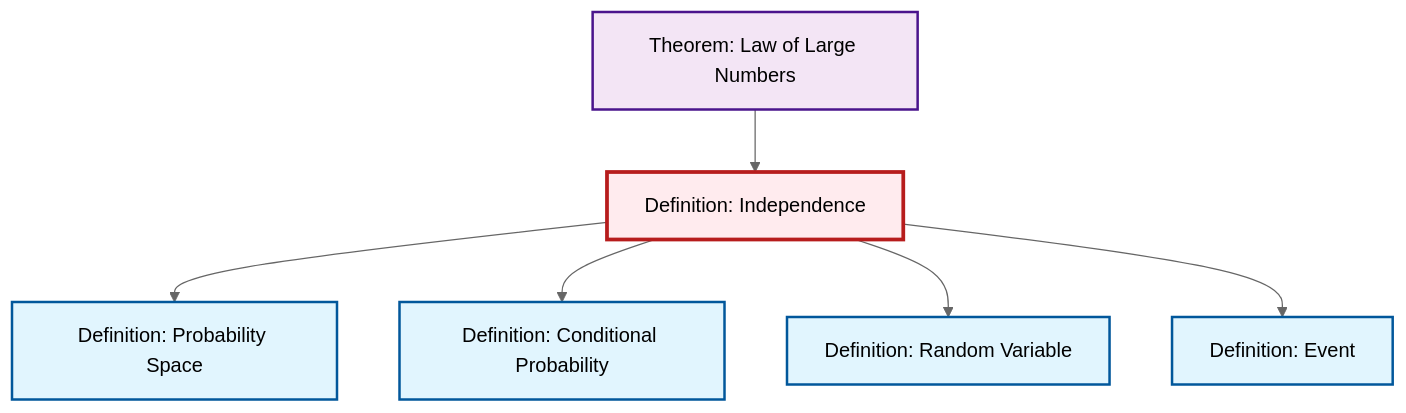
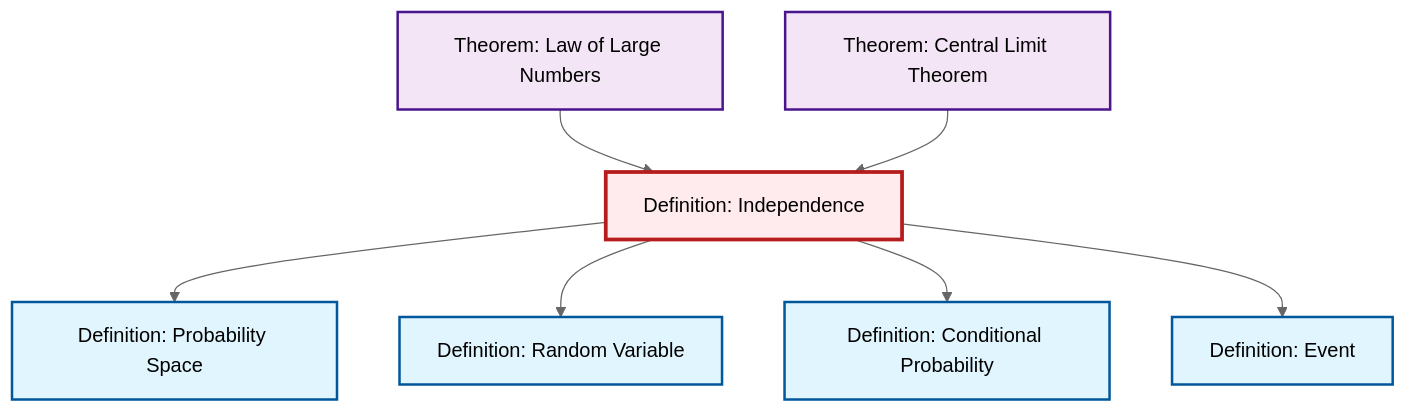
The diagram in content/ja/probability-statistics/def-independence.qmd (RK0429/ModernMath), drawn with Mermaid (neutral theme) before and after one commit. The commit also changed other lines of this file and 491 other files, not shown here.

First line of the commit message:
feat: Add Central Limit Theorem article with comprehensive cross-references

````diff
--- a/content/ja/probability-statistics/def-independence.qmd
+++ b/content/ja/probability-statistics/def-independence.qmd
@@ -114,26 +114,29 @@
 ```{mermaid}
 %%| fig-cap: "Local dependency graph"
 graph TD
     classDef definition fill:#e1f5fe,stroke:#01579b,stroke-width:2px
     classDef theorem fill:#f3e5f5,stroke:#4a148c,stroke-width:2px
     classDef axiom fill:#fff3e0,stroke:#e65100,stroke-width:2px
     classDef example fill:#e8f5e9,stroke:#1b5e20,stroke-width:2px
     classDef current fill:#ffebee,stroke:#b71c1c,stroke-width:3px
+    def-conditional-probability["Definition: Conditional Probability"]:::definition
+    thm-central-limit["Theorem: Central Limit Theorem"]:::theorem
+    def-random-variable["Definition: Random Variable"]:::definition
+    thm-law-of-large-numbers["Theorem: Law of Large Numbers"]:::theorem
     def-independence["Definition: Independence"]:::definition
     def-probability-space["Definition: Probability Space"]:::definition
-    def-random-variable["Definition: Random Variable"]:::definition
-    thm-law-of-large-numbers["Theorem: Law of Large Numbers"]:::theorem
     def-event["Definition: Event"]:::definition
-    def-conditional-probability["Definition: Conditional Probability"]:::definition
     def-independence --> def-probability-space
+    thm-law-of-large-numbers --> def-independence
+    def-independence --> def-random-variable
     def-independence --> def-conditional-probability
-    def-independence --> def-random-variable
-    thm-law-of-large-numbers --> def-independence
     def-independence --> def-event
+    thm-central-limit --> def-independence
     class def-independence current
-    click def-probability-space "def-probability-space.html" "Definition: Probability Spaceへ"
+    click def-conditional-probability "def-conditional-probability.html" "Definition: Conditional Probabilityへ"
+    click thm-central-limit "thm-central-limit.html" "Theorem: Central Limit Theoremへ"
     click def-random-variable "def-random-variable.html" "Definition: Random Variableへ"
     click thm-law-of-large-numbers "thm-law-of-large-numbers.html" "Theorem: Law of Large Numbersへ"
+    click def-probability-space "def-probability-space.html" "Definition: Probability Spaceへ"
     click def-event "def-event.html" "Definition: Eventへ"
-    click def-conditional-probability "def-conditional-probability.html" "Definition: Conditional Probabilityへ"
 ```
````
